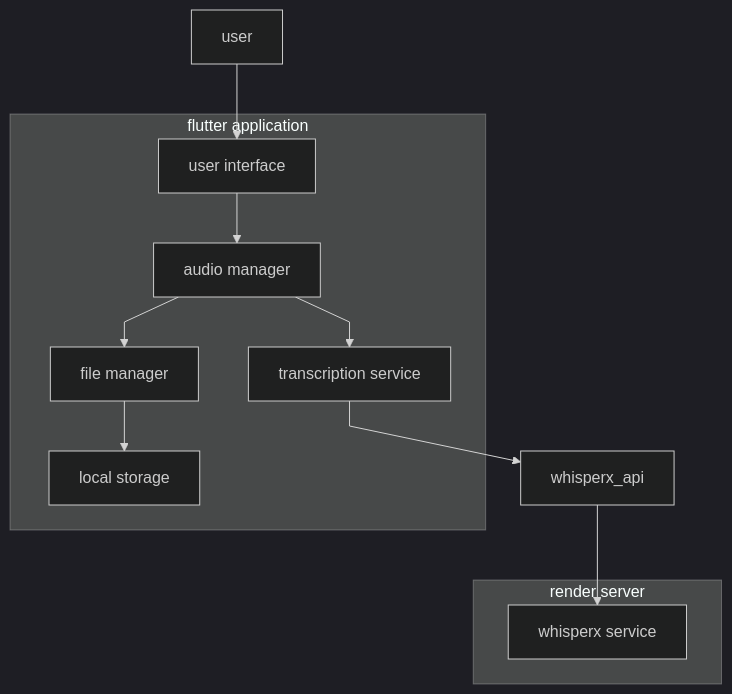
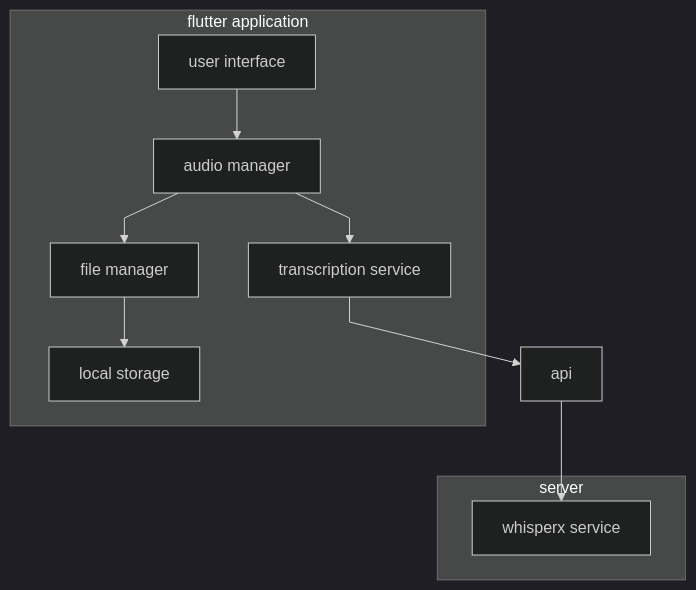
The second of 5 diagrams in analysis and design/system analysis and design document.md (nzzrs/whippx), drawn with Mermaid before and after one commit. The commit also changed other lines of this file and 9 other files, not shown here.

````diff
--- a/analysis and design/system analysis and design document.md
+++ b/analysis and design/system analysis and design document.md
@@ -47,28 +45,27 @@
 ```mermaid
 %%{init: {"theme": "dark", "flowchart": {"curve": "linear", "useMaxWidth": false}}}%%
 flowchart TD
 
 subgraph flutter_app [flutter application]
 
     ui[user interface]
     audio_manager[audio manager]
     transcription_service[transcription service]
     file_manager[file manager]
     storage[local storage]
 
 end
 
-subgraph render_server [render server]
+subgraph server [server]
 
     whisperx_service[whisperx service]
 
 end
 
-user --> ui
 ui --> audio_manager
 audio_manager --> transcription_service
 audio_manager --> file_manager
-transcription_service --> whisperx_api
-whisperx_api --> whisperx_service
+transcription_service --> api
+api --> whisperx_service
 file_manager --> storage
 ```
````
